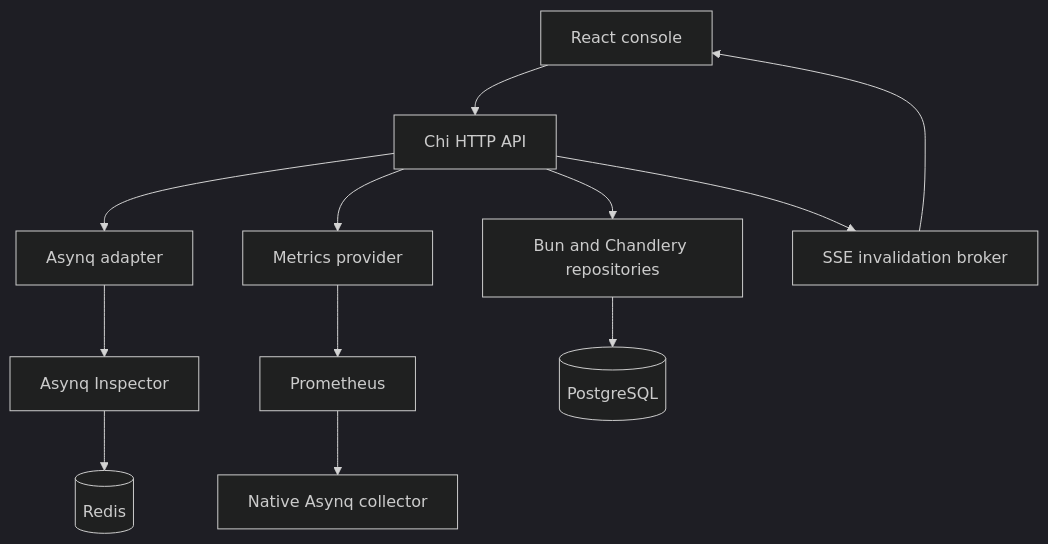
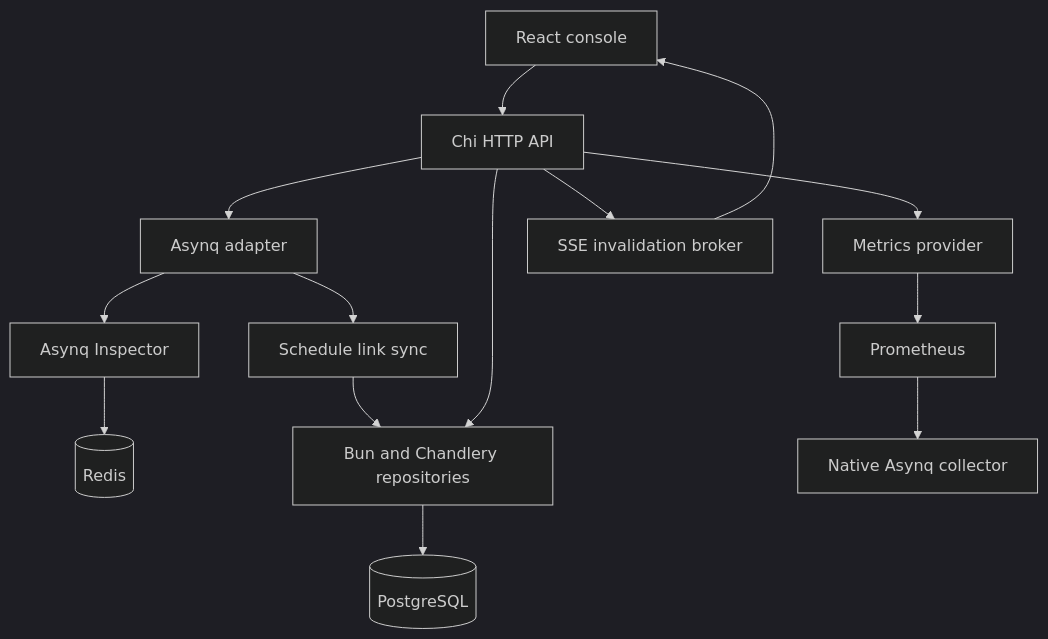
The diagram in docs/architecture.md (nanaaikinson/spool), drawn with Mermaid (dark theme) before and after one commit. The commit also changed other lines of this file and 33 other files, not shown here.

````diff
--- a/docs/architecture.md
+++ b/docs/architecture.md
@@ -5,14 +5,16 @@
 ```mermaid
 flowchart TD
   Browser[React console] --> API[Chi HTTP API]
   API --> Adapter[Asynq adapter]
   Adapter --> Inspector[Asynq Inspector]
   Inspector --> Redis[(Redis)]
+  Adapter --> Links[Schedule link sync]
+  Links --> Store
   API --> Metrics[Metrics provider]
   Metrics --> Prometheus[Prometheus]
   Prometheus --> Exporter[Native Asynq collector]
   API --> Store[Bun and Chandlery repositories]
   Store --> Postgres[(PostgreSQL)]
   API --> Events[SSE invalidation broker]
   Events --> Browser
 ```
````
